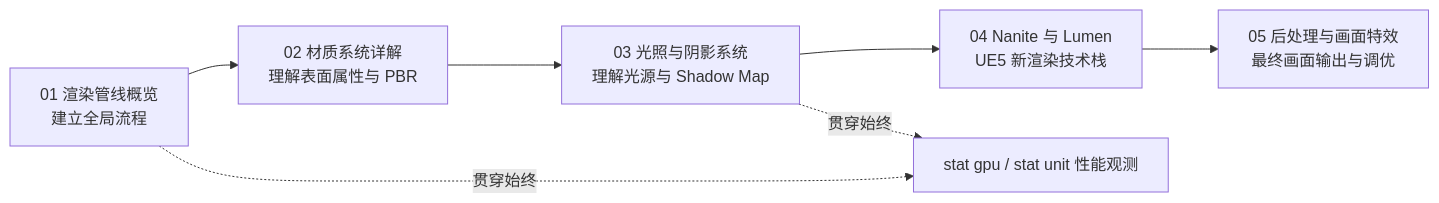
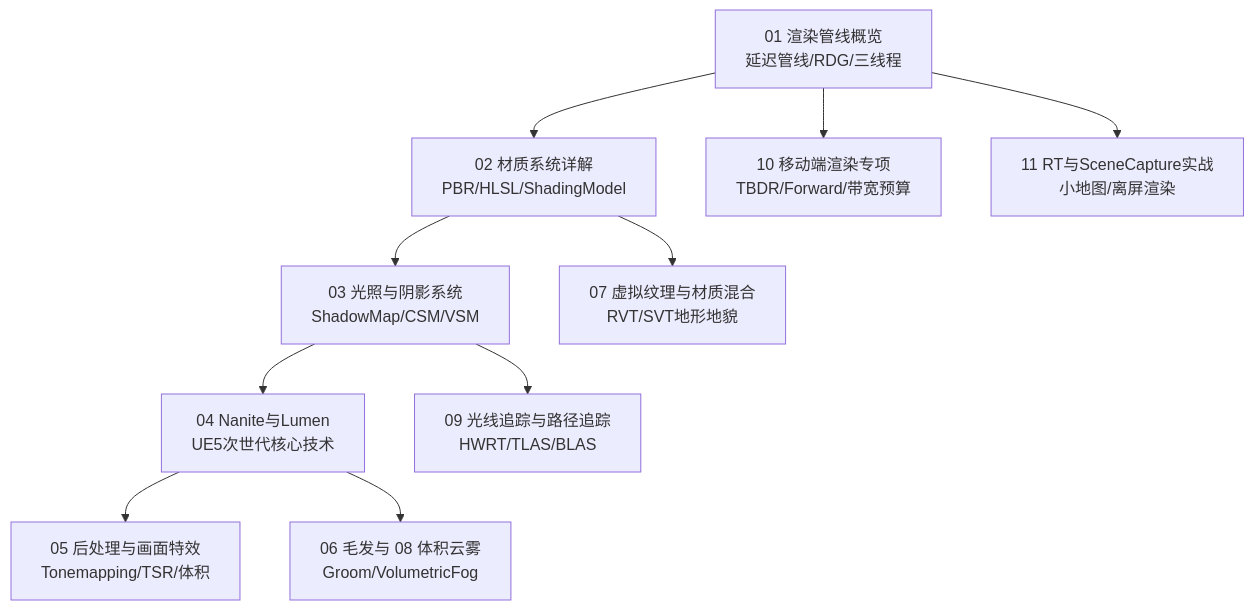
One commit to fantuan812/learning changed the diagram in 游戏知识/02-渲染与图形/README.md. Above: the diagram before and after it, drawn with Mermaid. The commit also changed other lines of this file and 38 other files, not shown here.

````diff
--- a/游戏知识/02-渲染与图形/README.md
+++ b/游戏知识/02-渲染与图形/README.md
@@ -72,9 +49,12 @@
 ```mermaid
-flowchart LR
-    A[01 渲染管线概览<br/>建立全局流程] --> B[02 材质系统详解<br/>理解表面属性与 PBR]
-    B --> C[03 光照与阴影系统<br/>理解光源与 Shadow Map]
-    C --> D[04 Nanite 与 Lumen<br/>UE5 新渲染技术栈]
-    D --> E[05 后处理与画面特效<br/>最终画面输出与调优]
-    A -. 贯穿始终 .-> F[stat gpu / stat unit 性能观测]
-    C -. 贯穿始终 .-> F
+flowchart TD
+    A[01 渲染管线概览<br/>延迟管线/RDG/三线程] --> B[02 材质系统详解<br/>PBR/HLSL/ShadingModel]
+    B --> C[03 光照与阴影系统<br/>ShadowMap/CSM/VSM]
+    C --> D[04 Nanite与Lumen<br/>UE5次世代核心技术]
+    D --> E[05 后处理与画面特效<br/>Tonemapping/TSR/体积]
+    B --> F[07 虚拟纹理与材质混合<br/>RVT/SVT地形地貌]
+    D --> G[06 毛发与 08 体积云雾<br/>Groom/VolumetricFog]
+    C --> H[09 光线追踪与路径追踪<br/>HWRT/TLAS/BLAS]
+    A --> I[10 移动端渲染专项<br/>TBDR/Forward/带宽预算]
+    A --> J[11 RT与SceneCapture实战<br/>小地图/离屏渲染]
 ```
````
